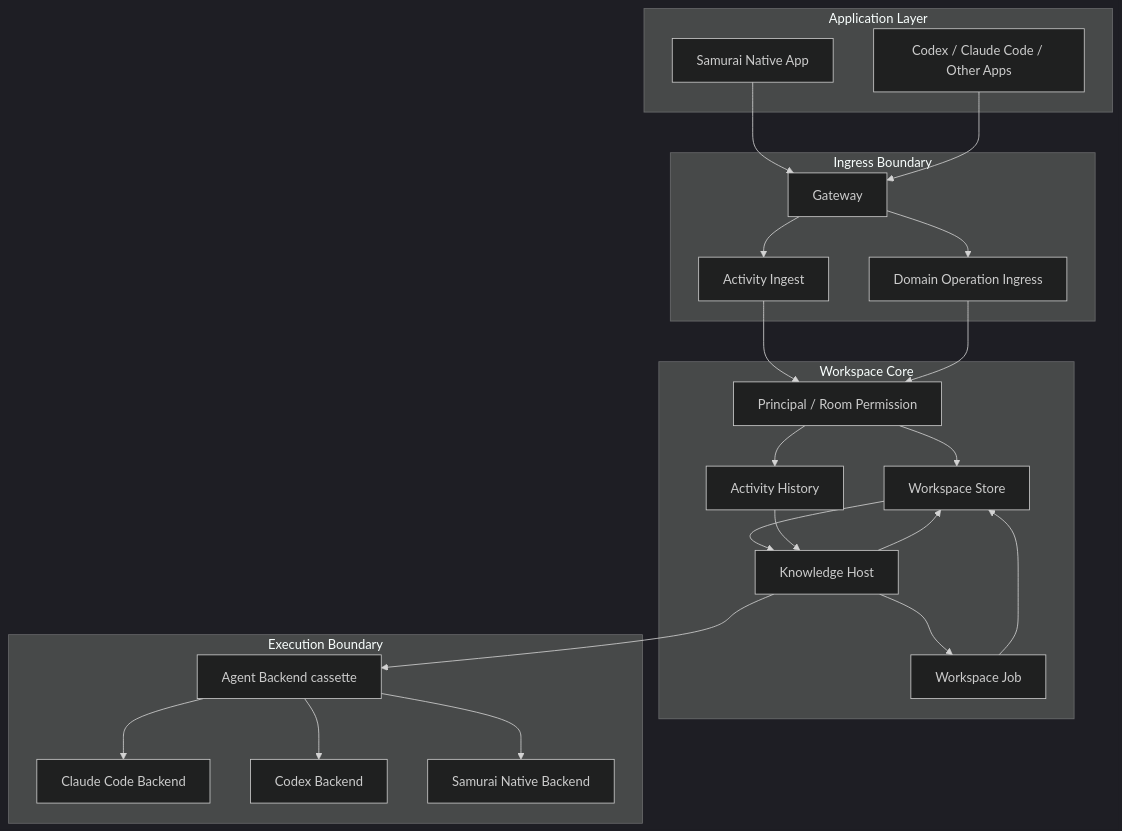
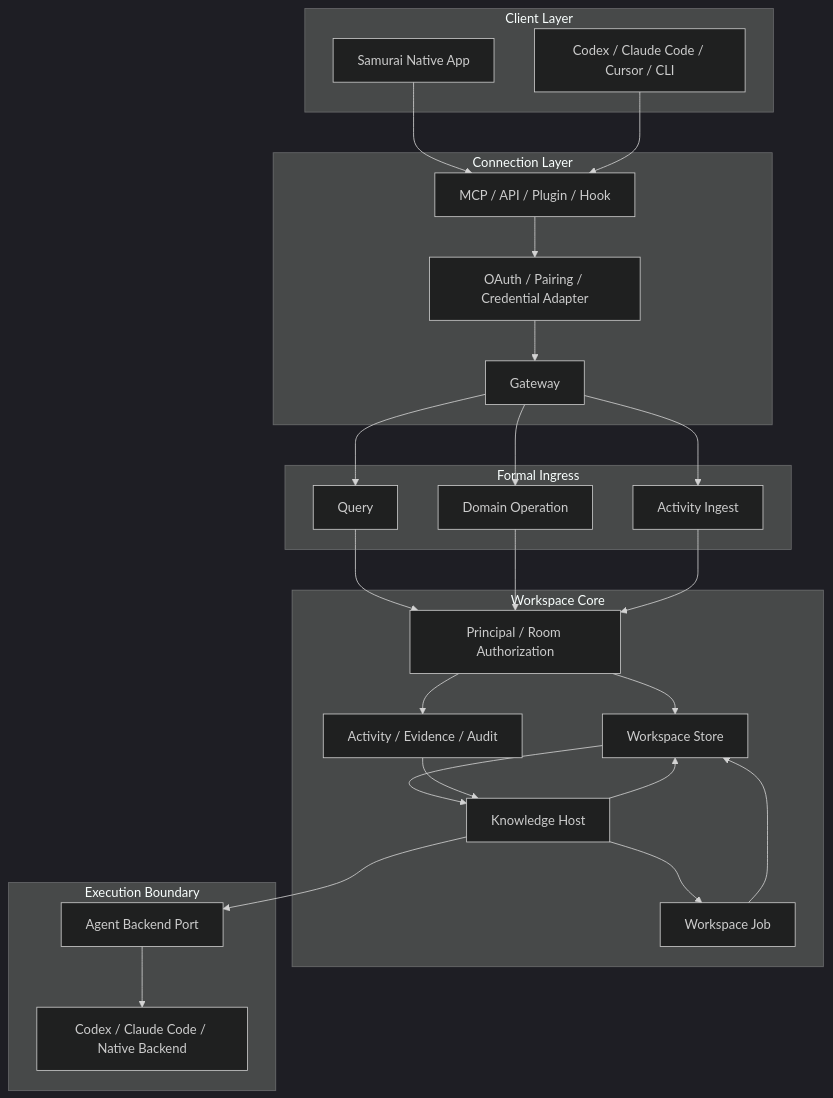
Before and after one commit to Takuma-kaho/Samurai-Agent: the first of 2 diagrams in ARCHITECTURE.md, drawn with Mermaid (dark theme). The commit also changed other lines of this file and 16 other files, not shown here.

```diff
--- a/ARCHITECTURE.md
+++ b/ARCHITECTURE.md
@@ -37,46 +30,52 @@
 ~~~mermaid
 flowchart TB
-  subgraph Apps["Application Layer"]
+  subgraph Apps["Client Layer"]
     Native["Samurai Native App"]
-    External["Codex / Claude Code / Other Apps"]
+    External["Codex / Claude Code / Cursor / CLI"]
   end
 
-  subgraph Boundary["Ingress Boundary"]
+  subgraph Connect["Connection Layer"]
+    OAuth["OAuth / Pairing / Credential Adapter"]
+    MCP["MCP / API / Plugin / Hook"]
     Gateway["Gateway"]
-    ActivityIngest["Activity Ingest"]
-    DomainIngress["Domain Operation Ingress"]
+  end
+
+  subgraph Ingress["Formal Ingress"]
+    Query["Query"]
+    Operation["Domain Operation"]
+    Activity["Activity Ingest"]
   end
 
   subgraph Core["Workspace Core"]
-    Policy["Principal / Room Permission"]
+    Auth["Principal / Room Authorization"]
     Store["Workspace Store"]
-    History["Activity History"]
+    History["Activity / Evidence / Audit"]
+    Host["Knowledge Host"]
     Jobs["Workspace Job"]
-    Host["Knowledge Host"]
   end
 
   subgraph Execution["Execution Boundary"]
-    Cassette["Agent Backend cassette"]
-    Claude["Claude Code Backend"]
-    Codex["Codex Backend"]
-    NativeBackend["Samurai Native Backend"]
+    Port["Agent Backend Port"]
+    Backends["Codex / Claude Code / Native Backend"]
   end
 
-  Native --> Gateway
-  External --> Gateway
-  Gateway --> ActivityIngest
-  Gateway --> DomainIngress
-  ActivityIngest --> Policy
-  DomainIngress --> Policy
-  Policy --> Store
-  Policy --> History
+  Native --> MCP
+  External --> MCP
+  MCP --> OAuth
+  OAuth --> Gateway
+  Gateway --> Query
+  Gateway --> Operation
+  Gateway --> Activity
+  Query --> Auth
+  Operation --> Auth
+  Activity --> Auth
+  Auth --> Store
+  Auth --> History
   Store --> Host
   History --> Host
   Host --> Jobs
-  Host --> Cassette
-  Cassette --> Claude
-  Cassette --> Codex
-  Cassette --> NativeBackend
+  Host --> Port
+  Port --> Backends
   Jobs --> Store
   Host --> Store
 ~~~
```
